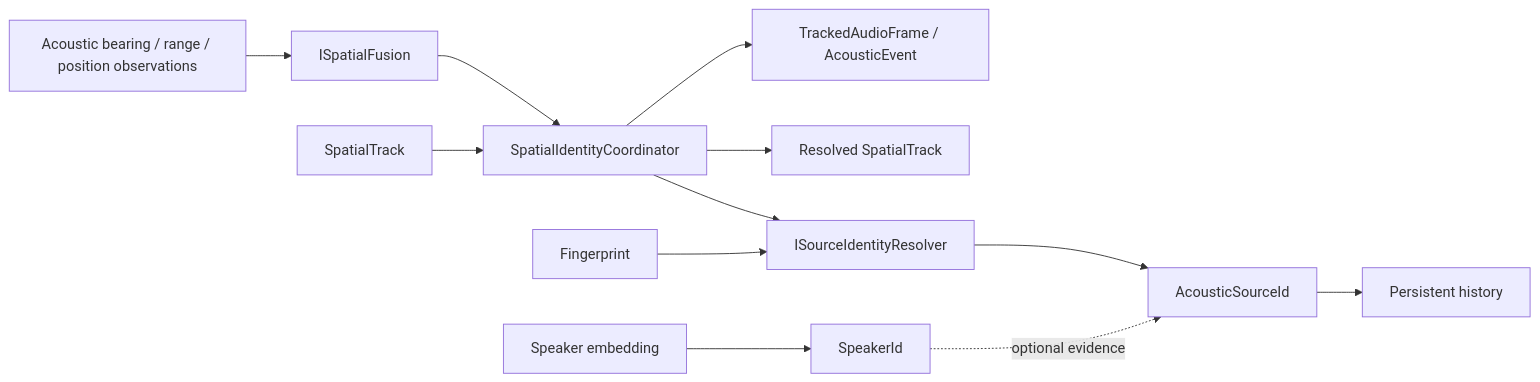
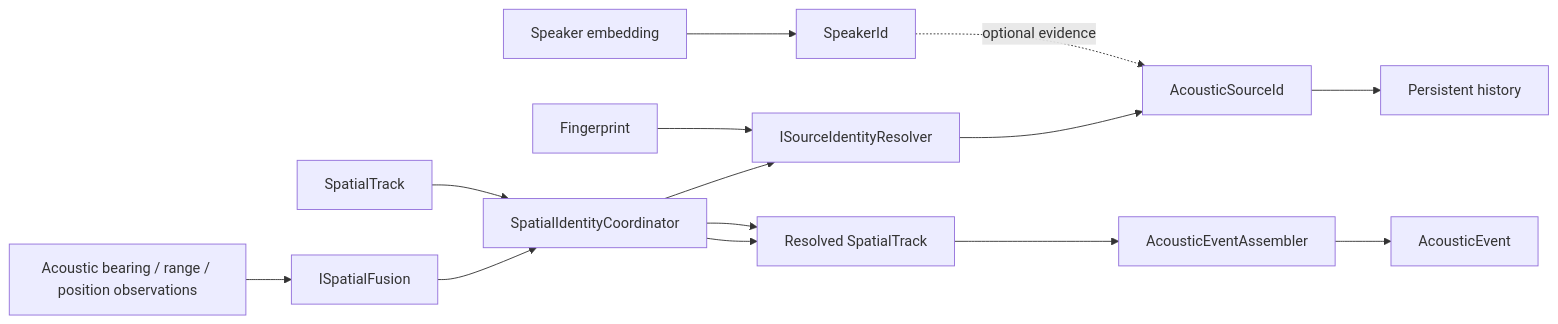
One commit to ARDev1161/libaudition changed the second of 4 diagrams in docs/architecture.md. Above: the diagram before and after it, drawn with Mermaid. The commit also changed other lines of this file and 12 other files, not shown here.

First line of the commit message:
feat(pipeline): complete AcousticEvent lifecycle

````diff
--- a/docs/architecture.md
+++ b/docs/architecture.md
@@ -85,14 +86,16 @@
 ```mermaid
 flowchart LR
     OBS[Acoustic bearing / range / position observations] --> F[ISpatialFusion]
     F --> C[SpatialIdentityCoordinator]
     T[SpatialTrack] --> C
     C --> R[ISourceIdentityResolver]
     FP[Fingerprint] --> R
     R --> S[AcousticSourceId]
     C --> T2[Resolved SpatialTrack]
-    C --> A[TrackedAudioFrame / AcousticEvent]
+    C --> T2[Resolved SpatialTrack]
+    T2 --> E[AcousticEventAssembler]
+    E --> A[AcousticEvent]
     S --> H[Persistent history]
     SP[Speaker embedding] --> P[SpeakerId]
     P -. optional evidence .-> S
 ```
````
